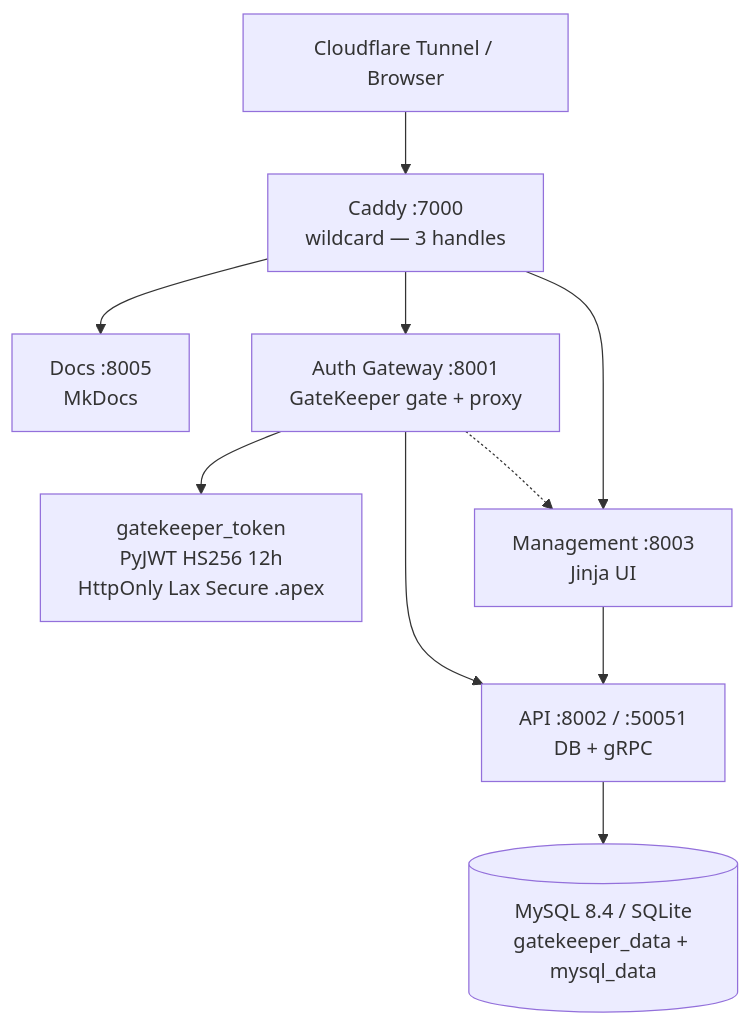
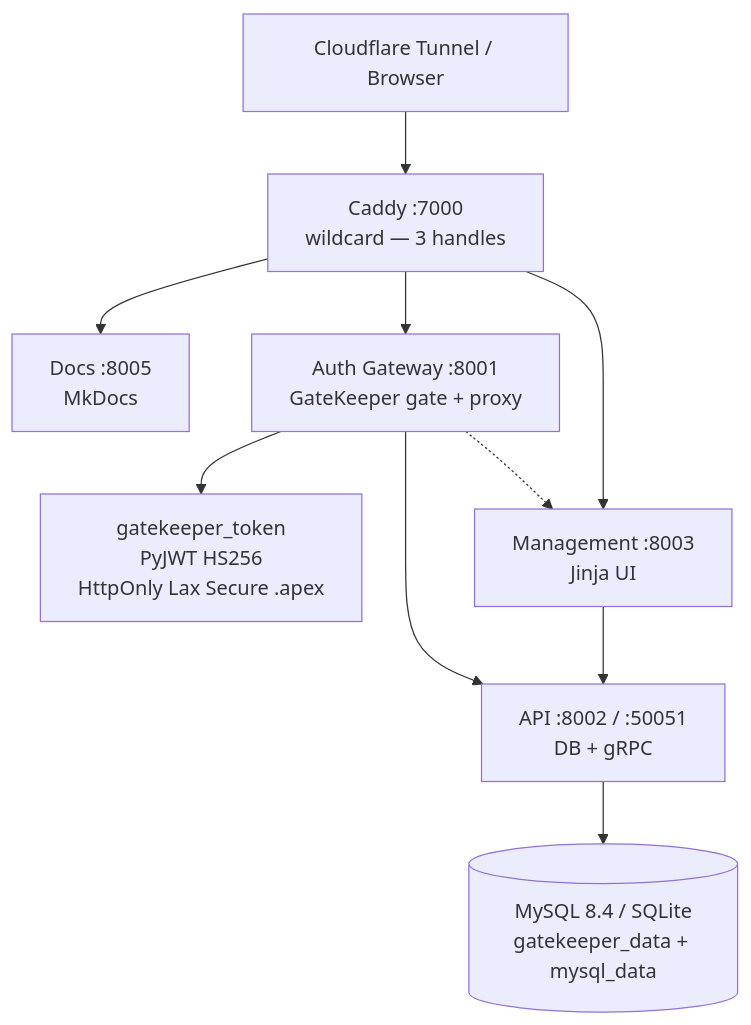
Before and after one commit to NovaProtocol/GateKeeper: the diagram in documentation/docs/index.md, drawn with Mermaid. The commit also changed other lines of this file and 23 other files, not shown here.

````diff
--- a/documentation/docs/index.md
+++ b/documentation/docs/index.md
@@ -20,12 +20,12 @@
 ```mermaid
 graph TB
  TUN["Cloudflare Tunnel / Browser"] --> CADDY["Caddy :7000<br/>wildcard — 3 handles"]
  CADDY --> DOC["Docs :8005<br/>MkDocs"]
  CADDY --> AUTH["Auth Gateway :8001<br/>GateKeeper gate + proxy"]
  CADDY --> MGMT["Management :8003<br/>Jinja UI"]
- AUTH --> COOKIE["gatekeeper_token<br/>PyJWT HS256 12h<br/>HttpOnly Lax Secure .apex"]
+ AUTH --> COOKIE["gatekeeper_token<br/>PyJWT HS256<br/>HttpOnly Lax Secure .apex"]
  AUTH --> API["API :8002 / :50051<br/>DB + gRPC"]
  MGMT --> API
  AUTH -.-> MGMT
  API --> DB[("MySQL 8.4 / SQLite<br/>gatekeeper_data + mysql_data")]
 ```
````
